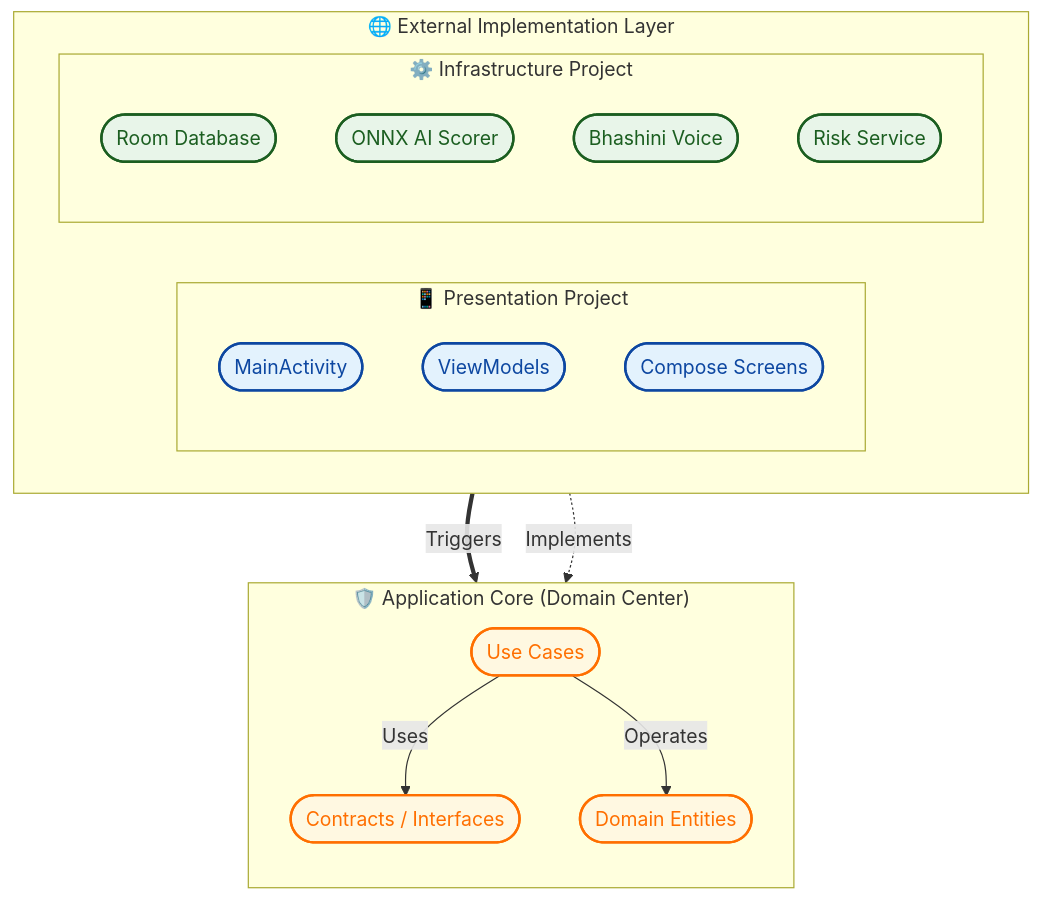
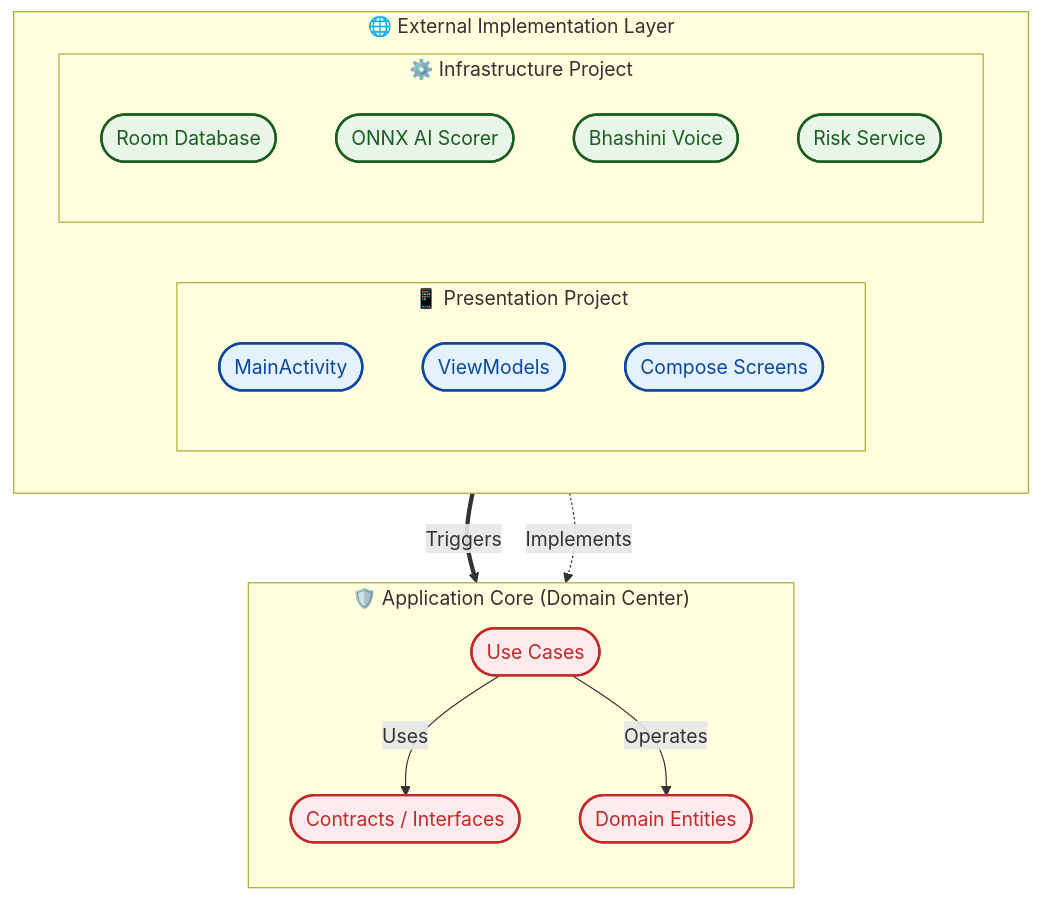
Before and after one commit to kgp134134-sys/GramKavach-CyberShield: the diagram in README.md, drawn with Mermaid.

Commit message:
Change Domain color from yellow to Material Red for better visual appeal

````diff
--- a/README.md
+++ b/README.md
@@ -86,42 +86,42 @@
 ```mermaid
 flowchart TD
     subgraph External ["🌐 External Implementation Layer"]
         direction LR
         subgraph UI ["📱 Presentation Project"]
             direction TB
             MA(["MainActivity"])
             VM(["ViewModels"])
             Screens(["Compose Screens"])
         end
 
         subgraph Infra ["⚙️ Infrastructure Project"]
             direction TB
             DB(["Room Database"])
             AI(["ONNX AI Scorer"])
             Voice(["Bhashini Voice"])
             Monitor(["Risk Service"])
         end
     end
 
     subgraph Core ["🛡️ Application Core (Domain Center)"]
         direction TB
         UC(["Use Cases"])
         Intf(["Contracts / Interfaces"])
         Model(["Domain Entities"])
     end
 
     %% Flow with meaningful labels
     UI ==>|Triggers| UC
     Infra -.->|Implements| Intf
     UC -->|Uses| Intf
     UC -->|Operates| Model
 
     %% Styling for Premium Look
     classDef ui fill:#E3F2FD,stroke:#0D47A1,stroke-width:2px,color:#0D47A1
     classDef infra fill:#E8F5E9,stroke:#1B5E20,stroke-width:2px,color:#1B5E20
-    classDef domain fill:#FFF8E1,stroke:#FF6F00,stroke-width:2px,color:#FF6F00
+    classDef domain fill:#FFEBEE,stroke:#C62828,stroke-width:2px,color:#C62828
     
     class MA,VM,Screens ui
     class DB,AI,Voice,Monitor infra
     class UC,Intf,Model domain
 ```
````
